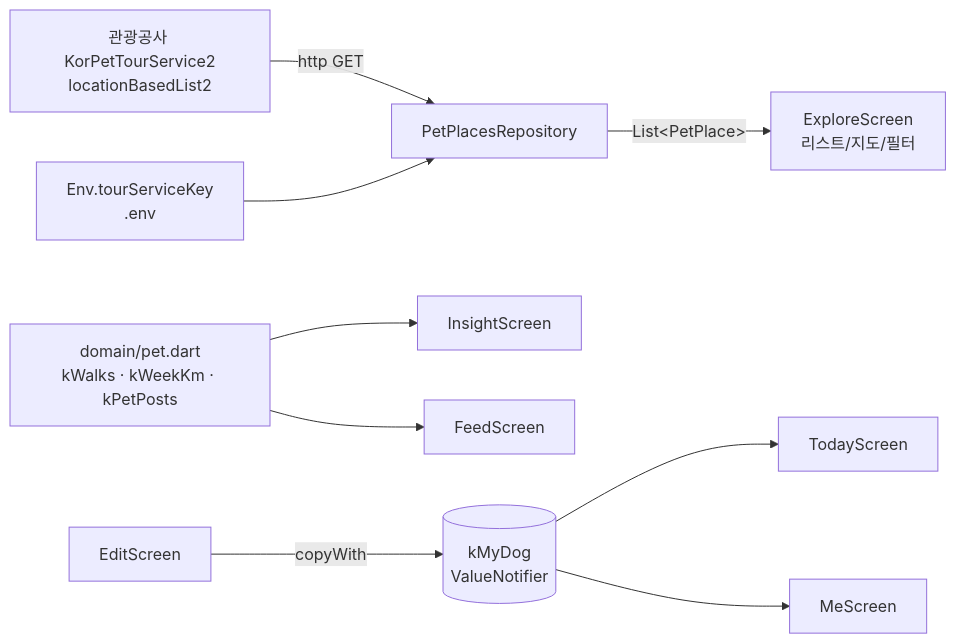
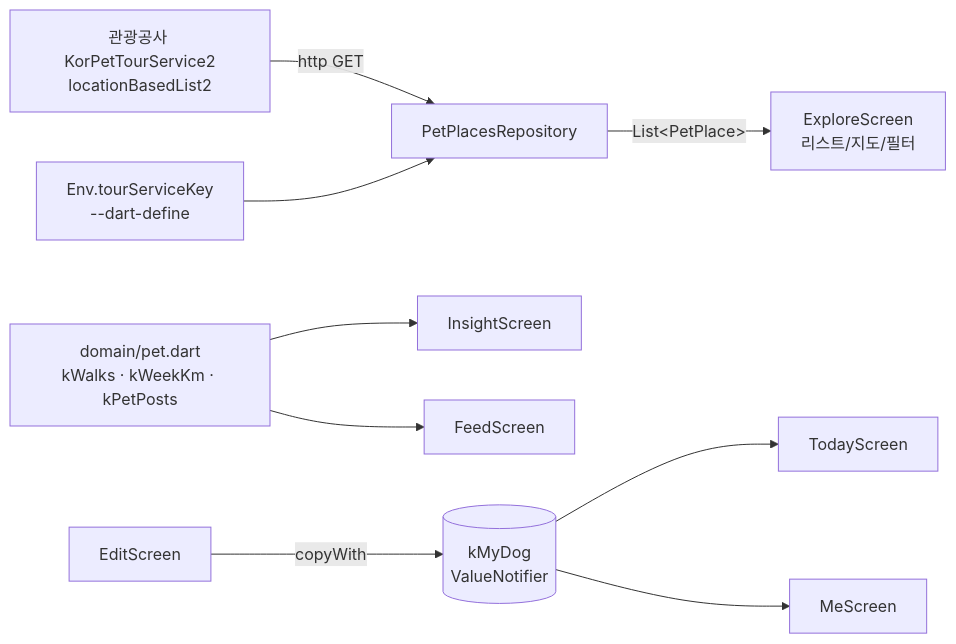
The second of 2 diagrams in docs/02-architecture/frontend-structure.md (sanghyunbang/pawloop), drawn with Mermaid before and after one commit. The commit also changed other lines of this file and 2 other files, not shown here.

First line of the commit message:
docs: #29 이후 사실과 어긋난 .env·flutter_dotenv 서술 정리 (#41)

````diff
--- a/docs/02-architecture/frontend-structure.md
+++ b/docs/02-architecture/frontend-structure.md
@@ -144,12 +145,12 @@
 ```mermaid
 flowchart LR
   KTO[관광공사 KorPetTourService2\nlocationBasedList2] -->|http GET| Repo[PetPlacesRepository]
-  Env[Env.tourServiceKey\n.env] --> Repo
+  Env[Env.tourServiceKey\n--dart-define] --> Repo
   Repo -->|List&lt;PetPlace&gt;| Explore[ExploreScreen\n리스트/지도/필터]
 
   Sample[domain/pet.dart\nkWalks · kWeekKm · kPetPosts] --> Insight[InsightScreen]
   Sample --> Feed[FeedScreen]
   Global[(kMyDog\nValueNotifier)] --> Today[TodayScreen]
   Global --> Me[MeScreen]
   Edit[EditScreen] -->|copyWith| Global
 ```
````
